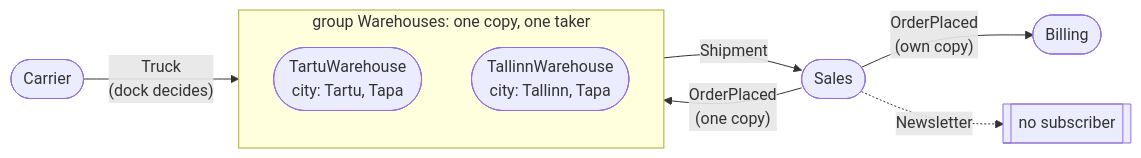
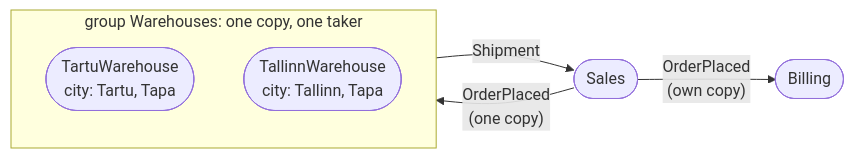
Before and after one commit to AutomatedProcessImprovement/Prosimos: the diagram in docs/running-example.md, drawn with Mermaid. The commit also changed other lines of this file and 12 other files, not shown here.

````diff
--- a/docs/running-example.md
+++ b/docs/running-example.md
@@ -52,19 +44,15 @@
 ```mermaid
 flowchart LR
     Sales([Sales])
-    Carrier([Carrier])
     Billing([Billing])
-    Nobody[[no subscriber]]
 
     subgraph WH["group Warehouses: one copy, one taker"]
         direction TB
         Tartu([TartuWarehouse<br/>city: Tartu, Tapa])
         Tallinn([TallinnWarehouse<br/>city: Tallinn, Tapa])
     end
 
     Sales -->|"OrderPlaced<br/>(own copy)"| Billing
     Sales -->|"OrderPlaced<br/>(one copy)"| WH
-    Carrier -->|"Truck<br/>(dock decides)"| WH
     WH -->|Shipment| Sales
-    Sales -.->|Newsletter| Nobody
 ```
````
